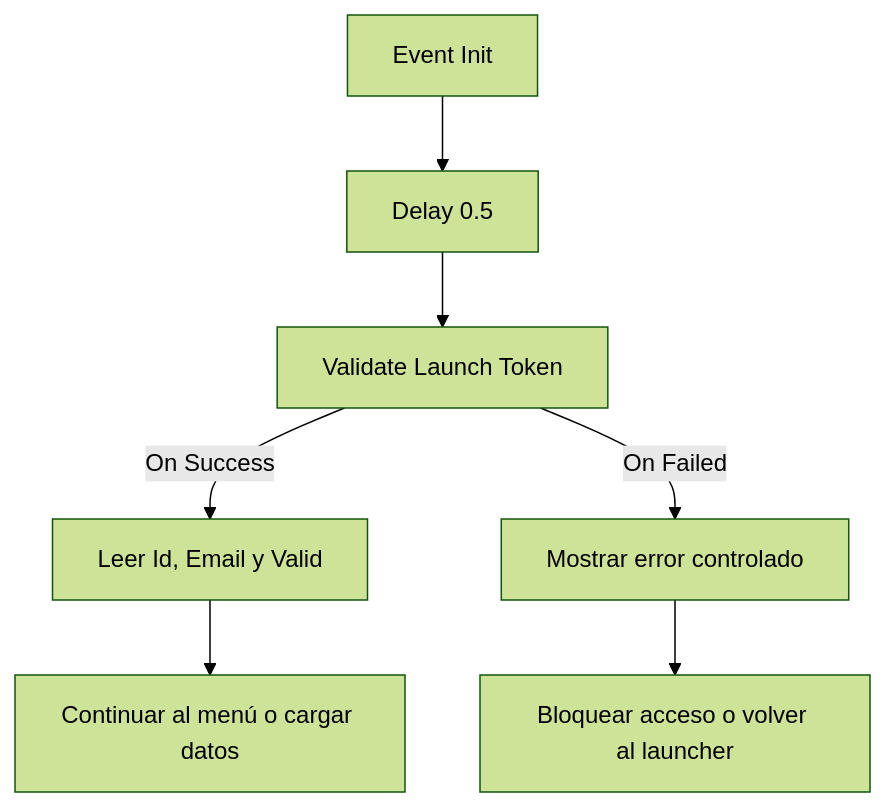
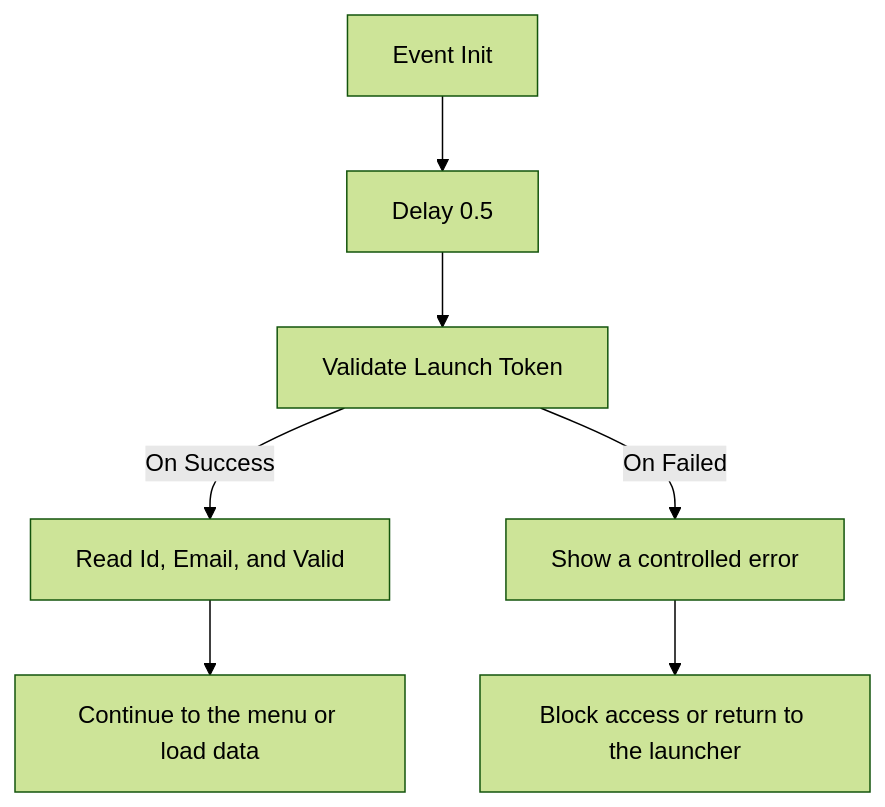
Before and after one commit to cribertt/LauncherDocs: the second of 2 diagrams in en/engine-integrations/unreal-engine.mdx, drawn with Mermaid (forest theme). The commit also changed other lines of this file and 1 other file, not shown here.

````diff
--- a/en/engine-integrations/unreal-engine.mdx
+++ b/en/engine-integrations/unreal-engine.mdx
@@ -358,9 +358,9 @@
 ```mermaid
 flowchart TD
     A[Event Init] --> B[Delay 0.5]
     B --> C[Validate Launch Token]
-    C -->|On Success| D[Leer Id, Email y Valid]
-    D --> E[Continuar al menú o cargar datos]
-    C -->|On Failed| F[Mostrar error controlado]
-    F --> G[Bloquear acceso o volver al launcher]
+    C -->|On Success| D[Read Id, Email, and Valid]
+    D --> E[Continue to the menu or load data]
+    C -->|On Failed| F[Show a controlled error]
+    F --> G[Block access or return to the launcher]
 ```
````
